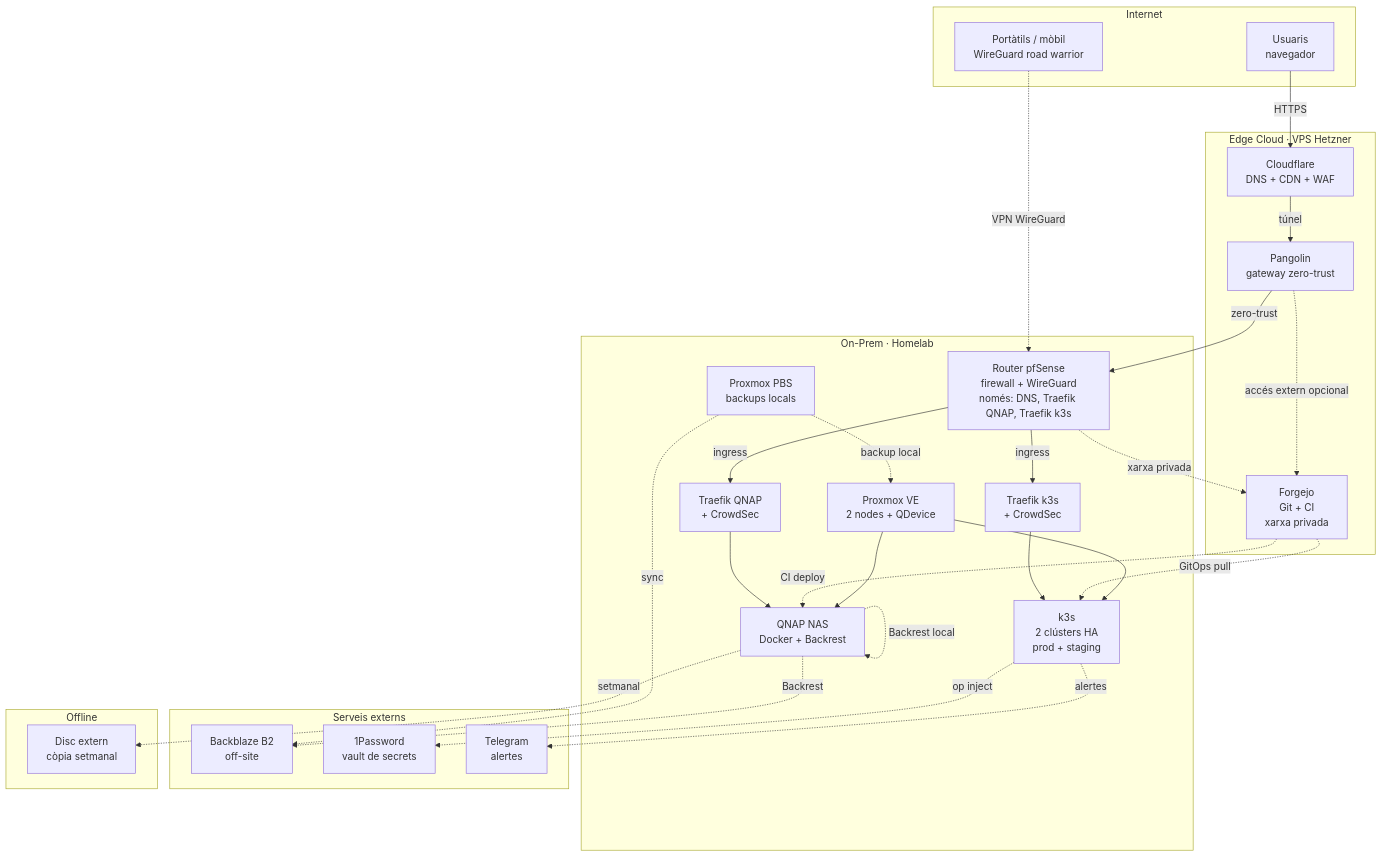
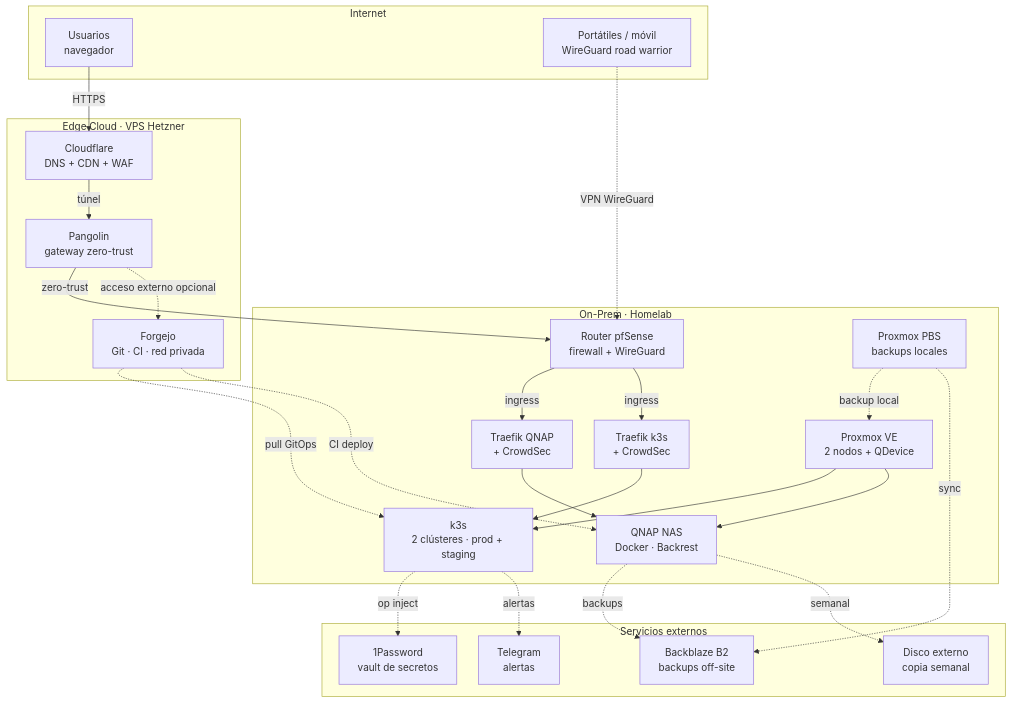
The diagram in content/es/architecture.md (aygosan/portfoli), drawn with Mermaid before and after one commit. The commit also changed 2 other files, not shown here.

Commit message:
web: mermaid equilibrat (spacing init, offline dins serveis externs, labels curts)

```diff
--- a/content/es/architecture.md
+++ b/content/es/architecture.md
@@ -25,61 +25,54 @@
 {{< mermaid >}}
+%%{init: {"flowchart": {"nodeSpacing": 35, "rankSpacing": 40, "wrappingWidth": 180}} }%%
 flowchart TB
-
     subgraph Internet["Internet"]
-        USER["Usuaris<br/>navegador"]
-        REMOTE["Portàtils / mòbil<br/>WireGuard road warrior"]
+        USER["Usuarios<br/>navegador"]
+        REMOTE["Portátiles / móvil<br/>WireGuard road warrior"]
     end
 
     subgraph Edge["Edge Cloud · VPS Hetzner"]
         CF["Cloudflare<br/>DNS + CDN + WAF"]
         PANGOLIN["Pangolin<br/>gateway zero-trust"]
-        FORGEJO["Forgejo<br/>Git + CI<br/>xarxa privada"]
+        FORGEJO["Forgejo<br/>Git · CI · red privada"]
     end
 
     subgraph OnPrem["On-Prem · Homelab"]
-        PFSENSE["Router pfSense<br/>firewall + WireGuard<br/>només: DNS, Traefik QNAP, Traefik k3s"]
-        PROXMOX["Proxmox VE<br/>2 nodes + QDevice"]
-        K8S["k3s<br/>2 clústers HA<br/>prod + staging"]
-        QNAP["QNAP NAS<br/>Docker + Backrest"]
+        PFSENSE["Router pfSense<br/>firewall + WireGuard"]
+        TRAEFIK_Q["Traefik QNAP<br/>+ CrowdSec"]
         TRAEFIK_K["Traefik k3s<br/>+ CrowdSec"]
-        TRAEFIK_Q["Traefik QNAP<br/>+ CrowdSec"]
-        PBS["Proxmox PBS<br/>backups locals"]
+        QNAP["QNAP NAS<br/>Docker · Backrest"]
+        K8S["k3s<br/>2 clústeres · prod + staging"]
+        PROXMOX["Proxmox VE<br/>2 nodos + QDevice"]
+        PBS["Proxmox PBS<br/>backups locales"]
     end
 
-    subgraph Ext["Serveis externs"]
-        B2["Backblaze B2<br/>off-site"]
-        ONEPW["1Password<br/>vault de secrets"]
-        TG["Telegram<br/>alertes"]
+    subgraph Ext["Servicios externos"]
+        B2["Backblaze B2<br/>backups off-site"]
+        ONEPW["1Password<br/>vault de secretos"]
+        TG["Telegram<br/>alertas"]
+        EXTDISK["Disco externo<br/>copia semanal"]
     end
 
-    subgraph Off["Offline"]
-        EXTDISK["Disc extern<br/>còpia setmanal"]
-    end
-
+    USER -->|HTTPS| CF
     CF -->|túnel| PANGOLIN
-    USER -->|HTTPS| CF
     PANGOLIN -->|zero-trust| PFSENSE
+    REMOTE -.->|VPN WireGuard| PFSENSE
 
     PFSENSE -->|ingress| TRAEFIK_Q
     PFSENSE -->|ingress| TRAEFIK_K
     TRAEFIK_Q --> QNAP
     TRAEFIK_K --> K8S
+    PROXMOX --> K8S
+    PROXMOX --> QNAP
 
-    REMOTE -.->|VPN WireGuard| PFSENSE
-    PFSENSE -.->|xarxa privada| FORGEJO
-    PANGOLIN -.->|accés extern opcional| FORGEJO
-
-    FORGEJO -.->|GitOps pull| K8S
+    PANGOLIN -.->|acceso externo opcional| FORGEJO
+    FORGEJO -.->|pull GitOps| K8S
     FORGEJO -.->|CI deploy| QNAP
 
-    PROXMOX --> K8S
-    PROXMOX --> QNAP
     PBS -.->|backup local| PROXMOX
     PBS -.->|sync| B2
-    QNAP -.->|Backrest local| QNAP
-    QNAP -.->|Backrest| B2
-    QNAP -.->|setmanal| EXTDISK
-
+    QNAP -.->|backups| B2
+    QNAP -.->|semanal| EXTDISK
     K8S -.->|op inject| ONEPW
-    K8S -.->|alertes| TG
+    K8S -.->|alertas| TG
 {{< /mermaid >}}
```
